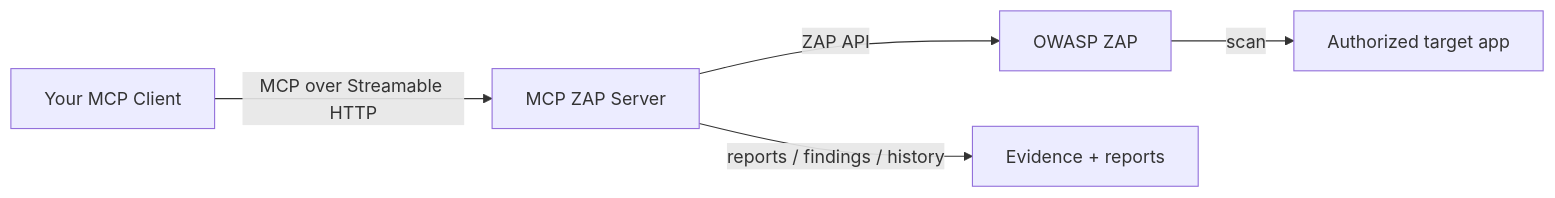
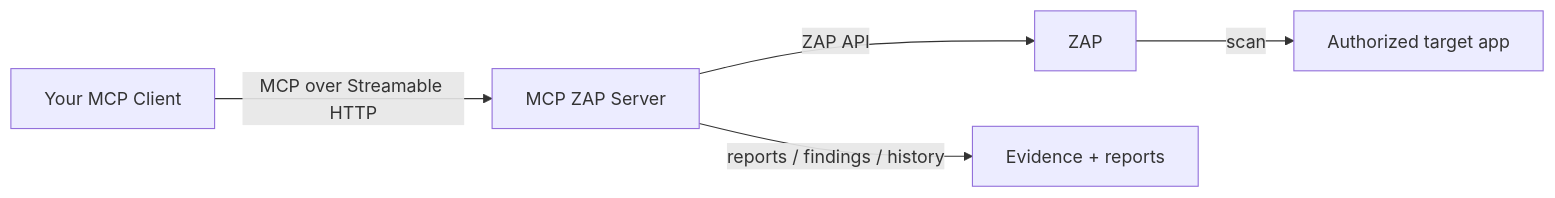
One commit to dtkmn/mcp-zap-server changed the diagram in README.md. Above: the diagram before and after it, drawn with Mermaid. The commit also changed other lines of this file and 12 other files, not shown here.

````diff
--- a/README.md
+++ b/README.md
@@ -175,7 +175,7 @@
 ```mermaid
 flowchart LR
   Client["Your MCP Client"] -->|"MCP over Streamable HTTP"| MCP["MCP ZAP Server"]
-  MCP -->|"ZAP API"| ZAP["OWASP ZAP"]
+  MCP -->|"ZAP API"| ZAP["ZAP"]
   ZAP -->|"scan"| Target["Authorized target app"]
   MCP -->|"reports / findings / history"| Evidence["Evidence + reports"]
 ```
````
